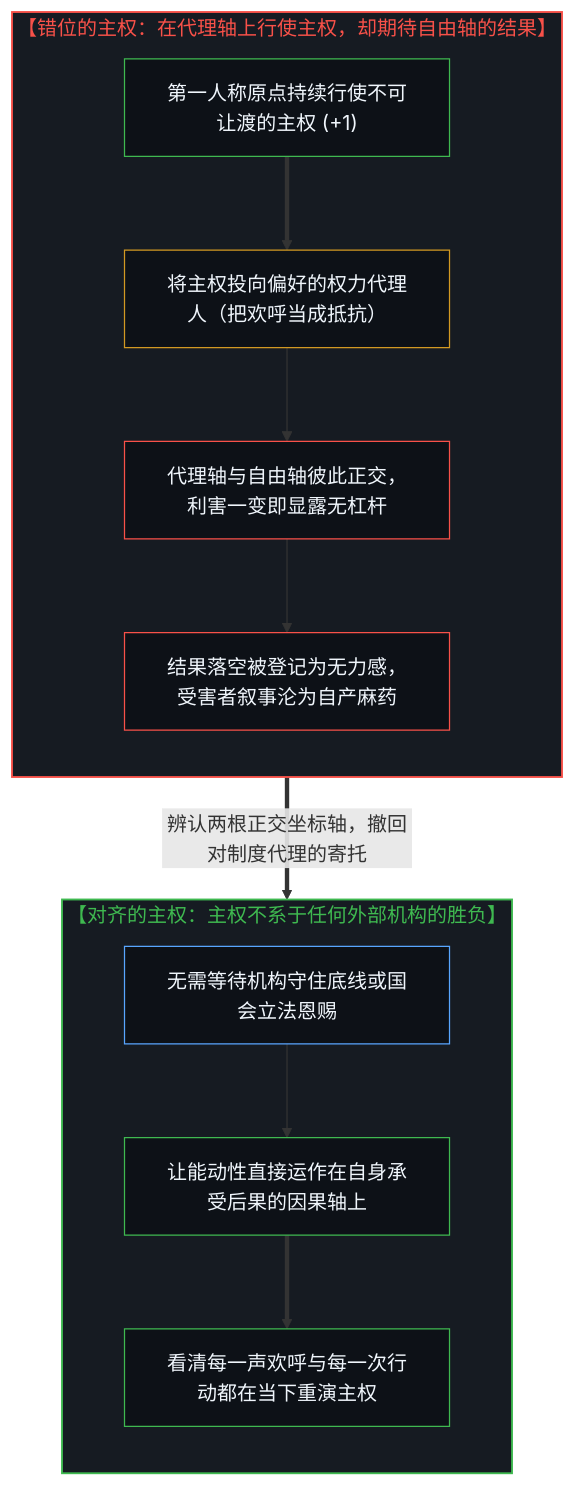
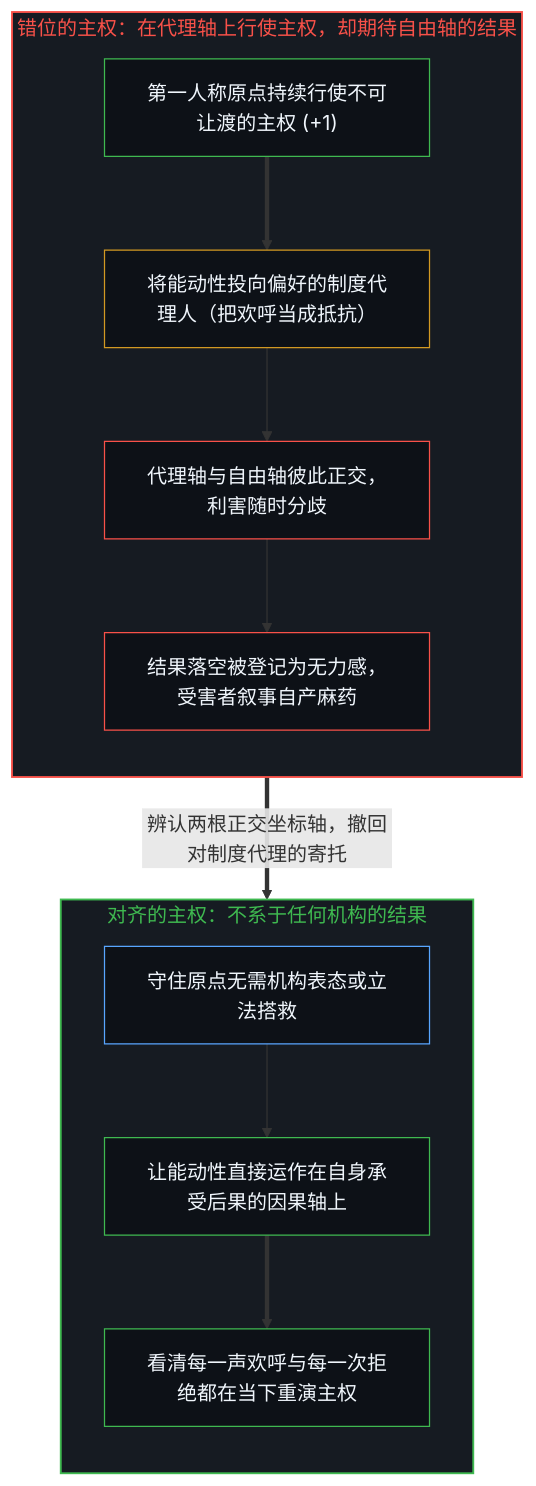
Before and after one commit to powerpig99/not-a-toe: the first of 2 diagrams in content/posts/sovereignty-essay.md, drawn with Mermaid. The commit also changed other lines of this file and 9 other files, not shown here.

````diff
--- a/content/posts/sovereignty-essay.md
+++ b/content/posts/sovereignty-essay.md
@@ -25,31 +25,28 @@
 ```mermaid
 flowchart TD
-    subgraph S_Misaligned["【错位的主权：在代理轴上行使主权，却期待自由轴的结果】"]
+    subgraph S_Misaligned["错位的主权：在代理轴上行使主权，却期待自由轴的结果"]
         direction TB
         Enact["第一人称原点持续行使不可让渡的主权 (+1)"]
-        Cheer["将主权投向偏好的权力代理人（把欢呼当成抵抗）"]
-        Disconnect["代理轴与自由轴彼此正交，利害一变即显露无杠杆"]
-        Victim["结果落空被登记为无力感，受害者叙事沦为自产麻药"]
+        Cheer["将能动性投向偏好的制度代理人（把欢呼当成抵抗）"]
+        Disconnect["代理轴与自由轴彼此正交，利害随时分歧"]
+        Victim["结果落空被登记为无力感，受害者叙事自产麻药"]
         Enact ==> Cheer --> Disconnect --> Victim
     end
-
     S_Misaligned ==>|"辨认两根正交坐标轴，撤回对制度代理的寄托"| S_Aligned
-
-    subgraph S_Aligned["【对齐的主权：主权不系于任何外部机构的胜负】"]
+    subgraph S_Aligned["对齐的主权：不系于任何机构的结果"]
         direction TB
-        NoProxy["无需等待机构守住底线或国会立法恩赐"]
+        NoProxy["守住原点无需机构表态或立法搭救"]
         DirectAxis["让能动性直接运作在自身承受后果的因果轴上"]
-        SovereignSee["看清每一声欢呼与每一次行动都在当下重演主权"]
+        SovereignSee["看清每一声欢呼与每一次拒绝都在当下重演主权"]
         NoProxy --> DirectAxis ==> SovereignSee
     end
-
     style S_Misaligned fill:#161b22,stroke:#f85149,stroke-width:1.5px,color:#f85149
     style S_Aligned fill:#161b22,stroke:#3fb950,stroke-width:1.5px,color:#3fb950
     style Enact fill:#0d1117,stroke:#3fb950,stroke-width:1px,color:#f0f6fc
     style Cheer fill:#0d1117,stroke:#d29922,stroke-width:1px,color:#f0f6fc
     style Disconnect fill:#0d1117,stroke:#f85149,stroke-width:1px,color:#f0f6fc
     style Victim fill:#0d1117,stroke:#f85149,stroke-width:1px,color:#f0f6fc
     style NoProxy fill:#0d1117,stroke:#58a6ff,stroke-width:1px,color:#f0f6fc
     style DirectAxis fill:#0d1117,stroke:#3fb950,stroke-width:1px,color:#f0f6fc
     style SovereignSee fill:#0d1117,stroke:#3fb950,stroke-width:1px,color:#f0f6fc
 ```
````
